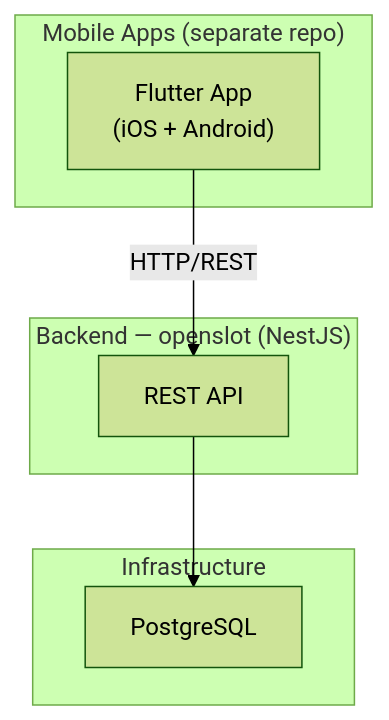
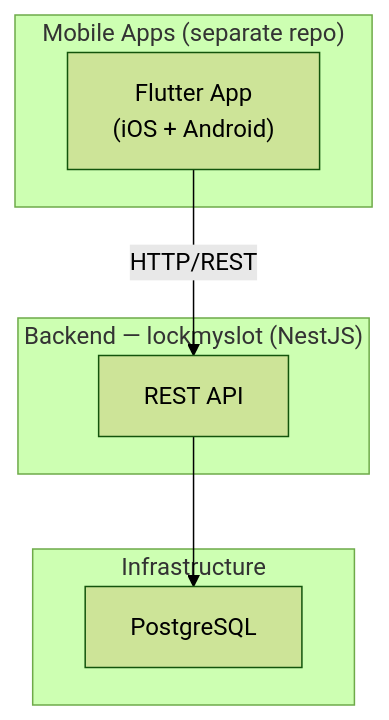
The first of 2 diagrams in implementation_plan.md (lockmyslot/client), drawn with Mermaid (forest theme) before and after one commit. The commit also changed other lines of this file and 24 other files, not shown here.

````diff
--- a/implementation_plan.md
+++ b/implementation_plan.md
@@ -22,17 +22,17 @@
 ```mermaid
 graph TB
     subgraph "Mobile Apps (separate repo)"
         FL["Flutter App<br/>(iOS + Android)"]
     end
 
-    subgraph "Backend — openslot (NestJS)"
+    subgraph "Backend — lockmyslot (NestJS)"
         API["REST API"]
     end
 
     subgraph "Infrastructure"
         PG["PostgreSQL"]
     end
 
     FL -->|"HTTP/REST"| API
     API --> PG
 ```
````
